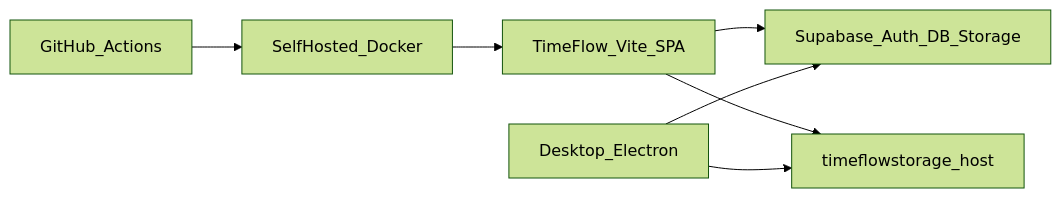
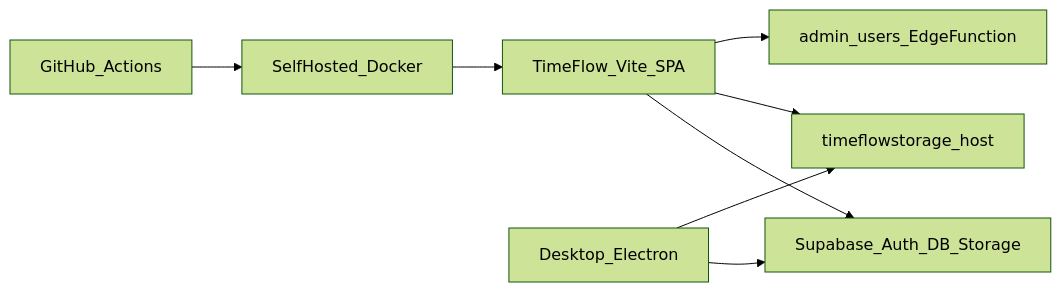
Before and after one commit to akshat-mechlin/TimeFlow: the diagram in SECURITY_AUDIT_REPORT.md, drawn with Mermaid (forest theme). The commit also changed other lines of this file and 13 other files, not shown here.

````diff
--- a/SECURITY_AUDIT_REPORT.md
+++ b/SECURITY_AUDIT_REPORT.md
@@ -68,16 +71,18 @@
 ```mermaid
 flowchart LR
   WebSPA[TimeFlow_Vite_SPA]
   Electron[Desktop_Electron]
   SB[Supabase_Auth_DB_Storage]
   Store[timeflowstorage_host]
   GHA[GitHub_Actions]
   Runner[SelfHosted_Docker]
+  Edge[admin_users_EdgeFunction]
 
   WebSPA --> SB
   Electron --> SB
   WebSPA --> Store
   Electron --> Store
+  WebSPA --> Edge
   GHA --> Runner
   Runner --> WebSPA
 ```
````
